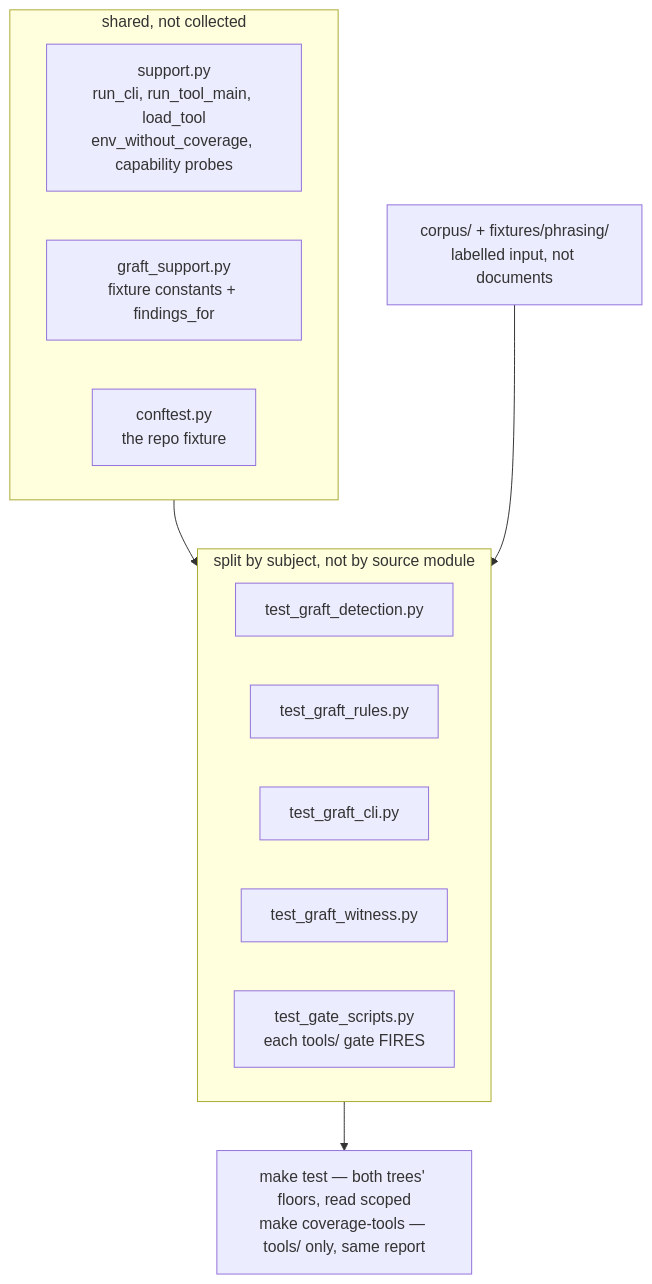
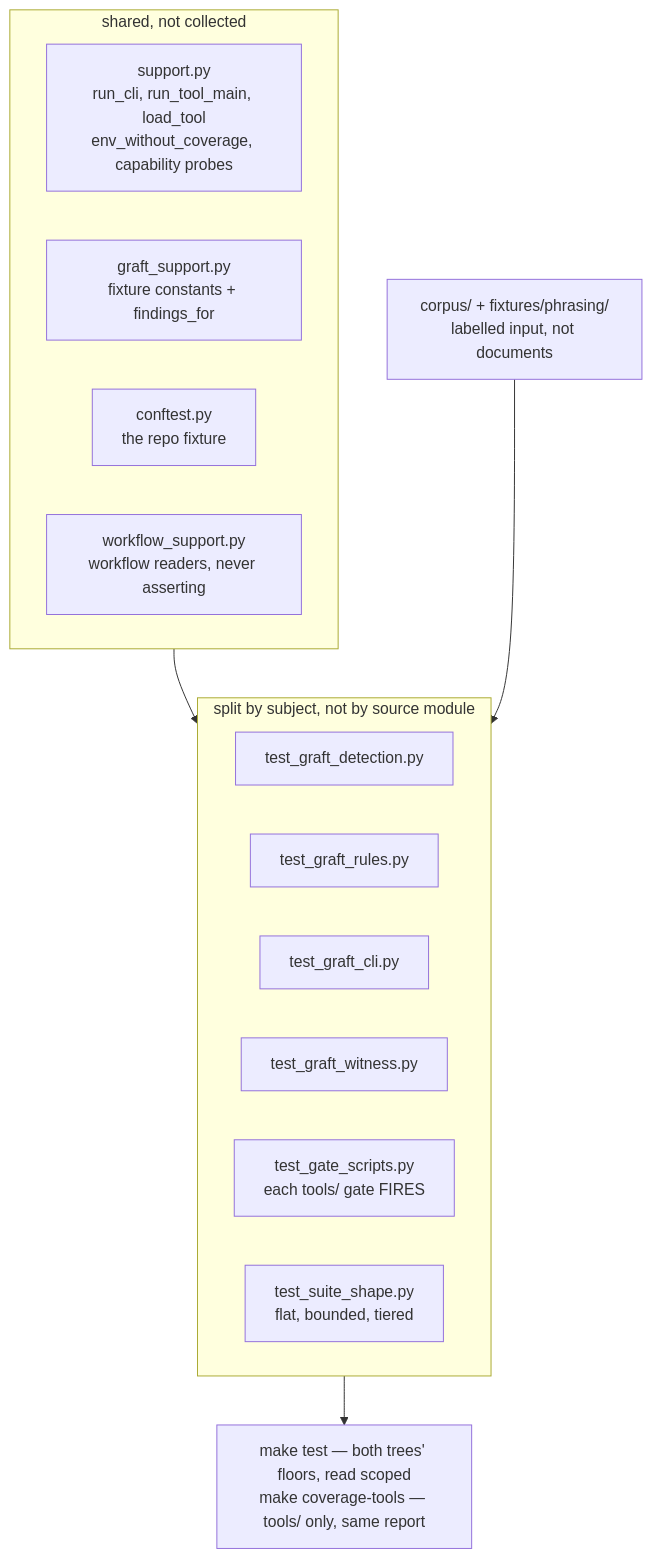
One commit to ianshank/planlint changed the diagram in tests/AGENTS.md. Above: the diagram before and after it, drawn with Mermaid. The commit also changed 38 other files, not shown here.

First line of the commit message:
M2 — shape the test suite, stage 1: split by concern, pure moves (plan W7.4)

````diff
--- a/tests/AGENTS.md
+++ b/tests/AGENTS.md
@@ -8,18 +8,20 @@
 ```mermaid
 flowchart TD
     subgraph shared["shared, not collected"]
         sup["support.py<br/>run_cli, run_tool_main, load_tool<br/>env_without_coverage, capability probes"]
         gs["graft_support.py<br/>fixture constants + findings_for"]
         cf["conftest.py<br/>the repo fixture"]
+        ws["workflow_support.py<br/>workflow readers, never asserting"]
     end
     subgraph subject["split by subject, not by source module"]
         d["test_graft_detection.py"]
         r["test_graft_rules.py"]
         c["test_graft_cli.py"]
         w["test_graft_witness.py"]
         g["test_gate_scripts.py<br/>each tools/ gate FIRES"]
+        s["test_suite_shape.py<br/>flat, bounded, tiered"]
     end
     shared --> subject
     subject --> floors["make test — both trees' floors, read scoped<br/>make coverage-tools — tools/ only, same report"]
     corpus["corpus/ + fixtures/phrasing/<br/>labelled input, not documents"] --> subject
 ```
````
